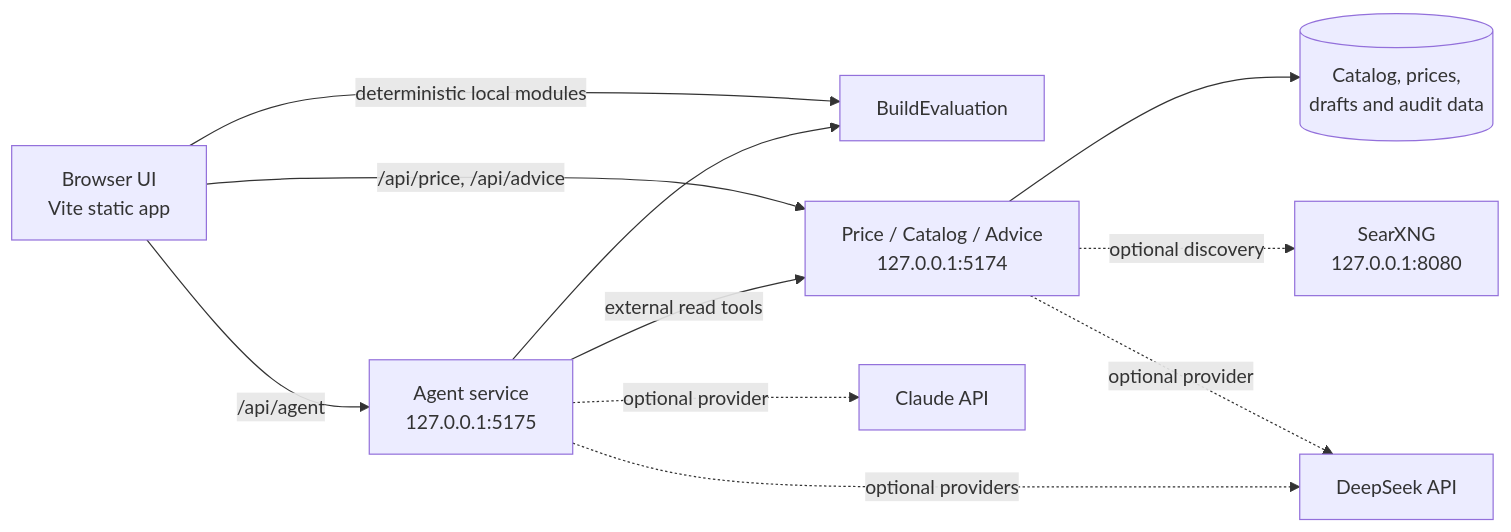
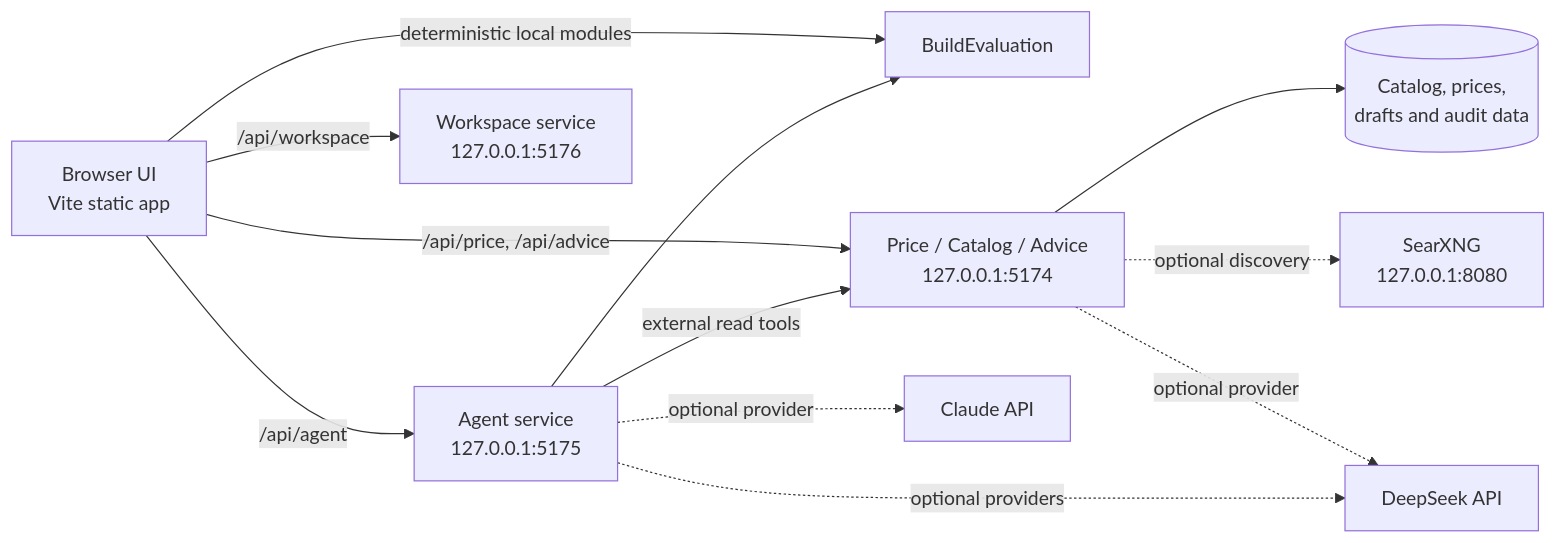
The diagram in README.md (Mankindevil/Build-sim-), drawn with Mermaid before and after one commit. The commit also changed other lines of this file and 29 other files, not shown here.

````diff
--- a/README.md
+++ b/README.md
@@ -106,13 +110,14 @@
 ```mermaid
 flowchart LR
   B[Browser UI<br/>Vite static app] -->|deterministic local modules| E[BuildEvaluation]
   B -->|/api/price, /api/advice| P[Price / Catalog / Advice<br/>127.0.0.1:5174]
   B -->|/api/agent| A[Agent service<br/>127.0.0.1:5175]
+  B -->|/api/workspace| W[Workspace service<br/>127.0.0.1:5176]
   A --> E
   A -->|external read tools| P
   P --> D[(Catalog, prices,<br/>drafts and audit data)]
   P -. optional discovery .-> S[SearXNG<br/>127.0.0.1:8080]
   P -. optional provider .-> DS[DeepSeek API]
   A -. optional providers .-> DS
   A -. optional provider .-> C[Claude API]
 ```
````
